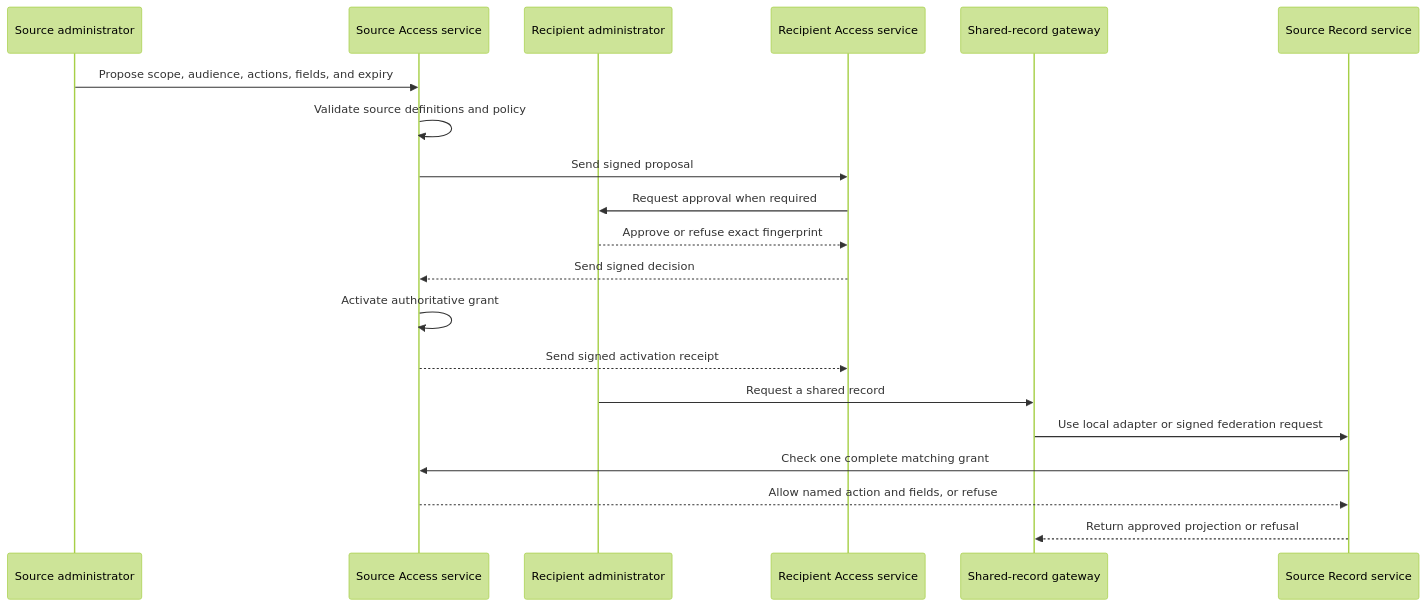
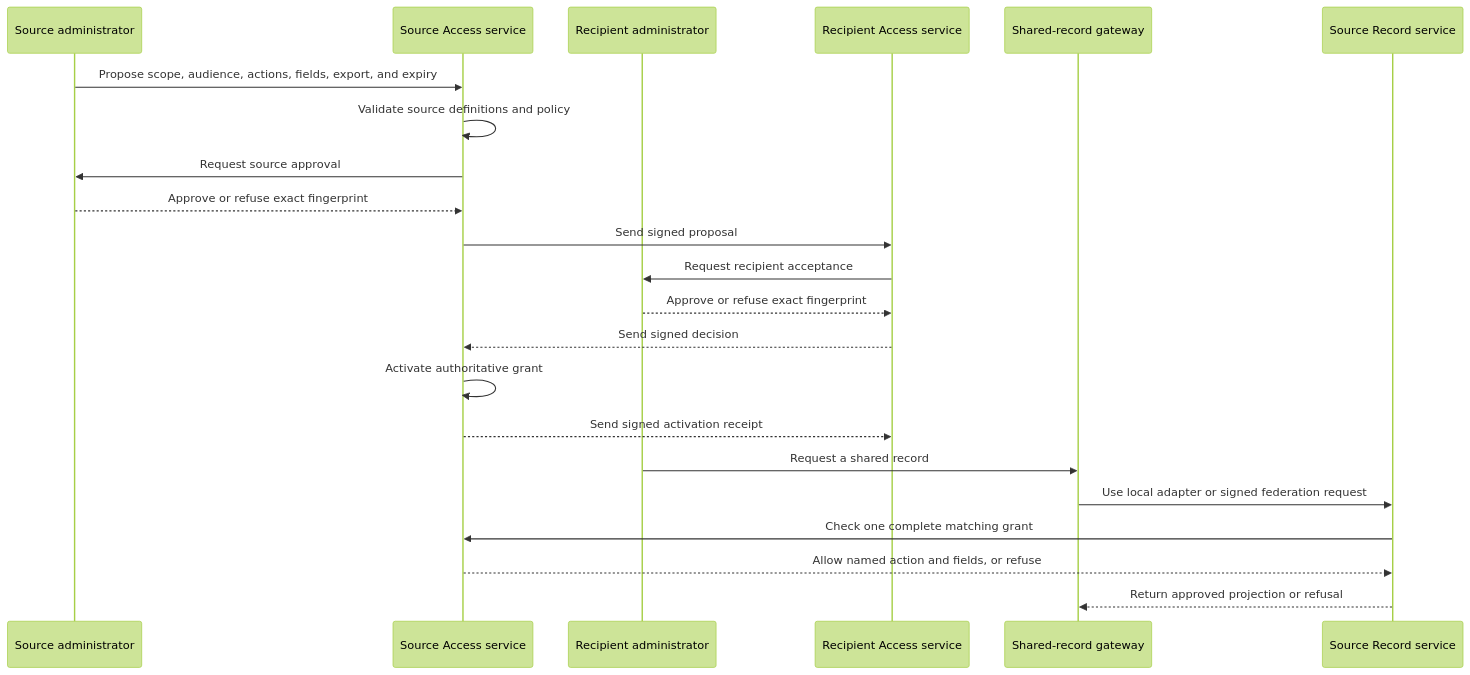
Before and after one commit to Abzum-NZ/Abzum-Vortex: the second of 2 diagrams in docs/specification/16-copying-sharing-import-export.md, drawn with Mermaid (forest theme). The commit also changed other lines of this file and 22 other files, not shown here.

````diff
--- a/docs/specification/16-copying-sharing-import-export.md
+++ b/docs/specification/16-copying-sharing-import-export.md
@@ -67,22 +67,24 @@
 ```mermaid
 sequenceDiagram
     participant Source as Source administrator
     participant SourceAccess as Source Access service
     participant Recipient as Recipient administrator
     participant RecipientAccess as Recipient Access service
     participant Gateway as Shared-record gateway
     participant Record as Source Record service
-    Source->>SourceAccess: Propose scope, audience, actions, fields, and expiry
+    Source->>SourceAccess: Propose scope, audience, actions, fields, export, and expiry
     SourceAccess->>SourceAccess: Validate source definitions and policy
+    SourceAccess->>Source: Request source approval
+    Source-->>SourceAccess: Approve or refuse exact fingerprint
     SourceAccess->>RecipientAccess: Send signed proposal
-    RecipientAccess->>Recipient: Request approval when required
+    RecipientAccess->>Recipient: Request recipient acceptance
     Recipient-->>RecipientAccess: Approve or refuse exact fingerprint
     RecipientAccess-->>SourceAccess: Send signed decision
     SourceAccess->>SourceAccess: Activate authoritative grant
     SourceAccess-->>RecipientAccess: Send signed activation receipt
     Recipient->>Gateway: Request a shared record
     Gateway->>Record: Use local adapter or signed federation request
     Record->>SourceAccess: Check one complete matching grant
     SourceAccess-->>Record: Allow named action and fields, or refuse
     Record-->>Gateway: Return approved projection or refusal
 ```
````
